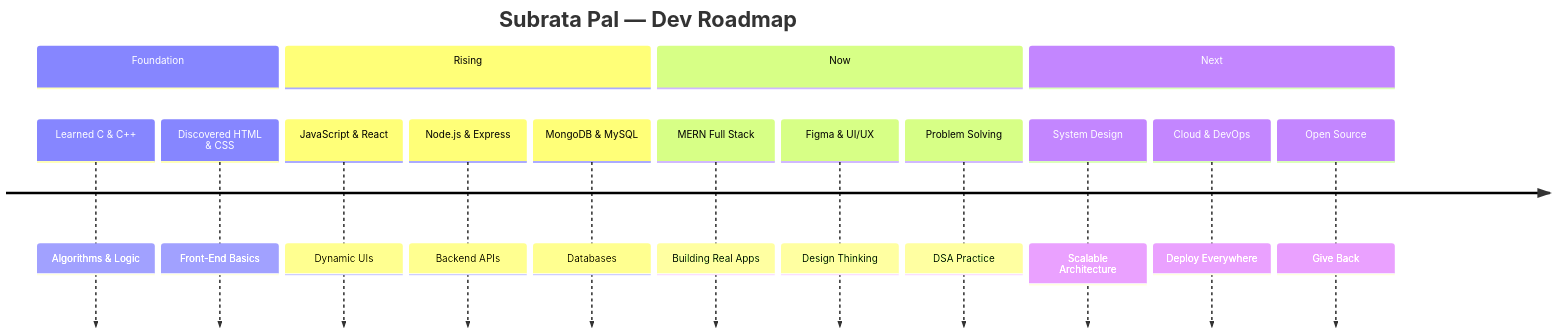
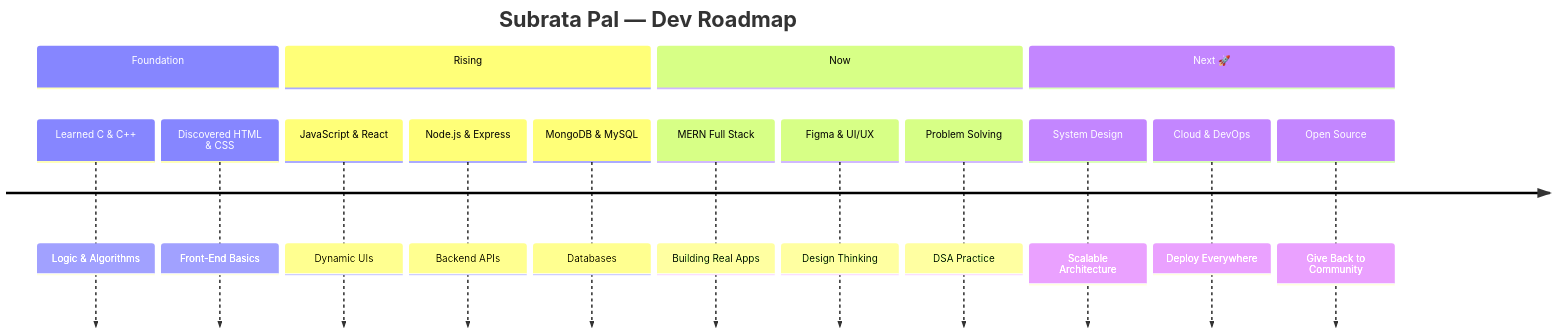
Before and after one commit to Pal2004Subrata/Pal2004Subrata: the diagram in ReadMe.md, drawn with Mermaid. The commit also changed other lines of this file and 2 other files, not shown here.

Commit message:
🚀 Full dynamic README + GitHub Actions for snake & metrics auto-update

````diff
--- a/ReadMe.md
+++ b/ReadMe.md
@@ -193,19 +225,19 @@
 ```mermaid
 timeline
     title Subrata Pal — Dev Roadmap
     section Foundation
-        Learned C & C++       : Algorithms & Logic
-        Discovered HTML & CSS : Front-End Basics
+        Learned C & C++        : Logic & Algorithms
+        Discovered HTML & CSS  : Front-End Basics
     section Rising
-        JavaScript & React    : Dynamic UIs
-        Node.js & Express     : Backend APIs
-        MongoDB & MySQL       : Databases
+        JavaScript & React     : Dynamic UIs
+        Node.js & Express      : Backend APIs
+        MongoDB & MySQL        : Databases
     section Now
-        MERN Full Stack       : Building Real Apps
-        Figma & UI/UX         : Design Thinking
-        Problem Solving       : DSA Practice
-    section Next
-        System Design         : Scalable Architecture
-        Cloud & DevOps        : Deploy Everywhere
-        Open Source           : Give Back
+        MERN Full Stack        : Building Real Apps
+        Figma & UI/UX          : Design Thinking
+        Problem Solving        : DSA Practice
+    section Next 🚀
+        System Design          : Scalable Architecture
+        Cloud & DevOps         : Deploy Everywhere
+        Open Source            : Give Back to Community
 ```
````
